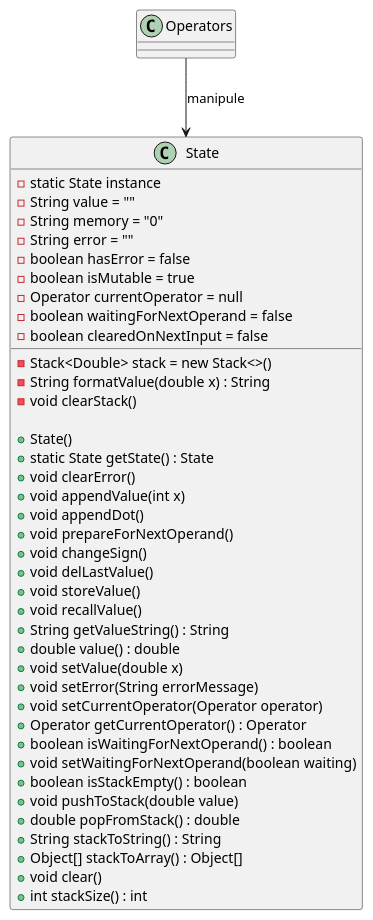
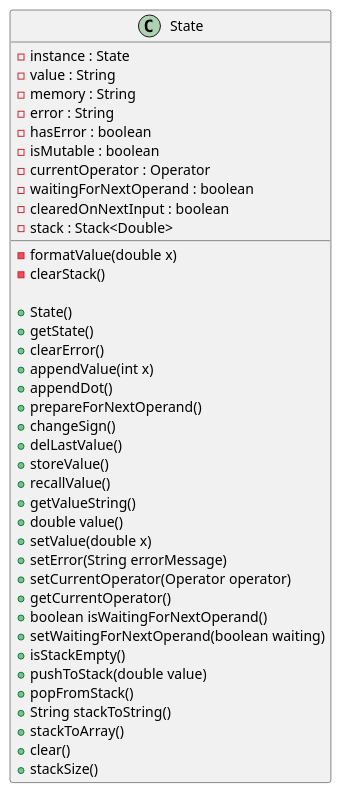
Before and after one commit to Dansnts/POO-Labo7: the diagram in UML_Diagrams/State_uml.puml, drawn with PlantUML. The commit also changed 6 other files, not shown here.

Commit message:
updated diagrams

```diff
--- a/UML_Diagrams/State_uml.puml
+++ b/UML_Diagrams/State_uml.puml
@@ -1,44 +1,42 @@
 @startuml
 class State {
-    - static State instance
-    - String value = ""
-    - String memory = "0"
-    - String error = ""
-    - boolean hasError = false
-    - boolean isMutable = true
-    - Operator currentOperator = null
-    - boolean waitingForNextOperand = false
-    - boolean clearedOnNextInput = false
-    - Stack<Double> stack = new Stack<>()
-    - String formatValue(double x) : String
-    - void clearStack()
+    - instance : State
+    - value : String
+    - memory : String
+    - error : String
+    - hasError : boolean
+    - isMutable : boolean
+    - currentOperator : Operator
+    - waitingForNextOperand : boolean
+    - clearedOnNextInput : boolean
+    - stack : Stack<Double>
+    - formatValue(double x)
+    - clearStack()
 
     + State()
-    + static State getState() : State
-    + void clearError()
-    + void appendValue(int x)
-    + void appendDot()
-    + void prepareForNextOperand()
-    + void changeSign()
-    + void delLastValue()
-    + void storeValue()
-    + void recallValue()
-    + String getValueString() : String
-    + double value() : double
-    + void setValue(double x)
-    + void setError(String errorMessage)
-    + void setCurrentOperator(Operator operator)
-    + Operator getCurrentOperator() : Operator
-    + boolean isWaitingForNextOperand() : boolean
-    + void setWaitingForNextOperand(boolean waiting)
-    + boolean isStackEmpty() : boolean
-    + void pushToStack(double value)
-    + double popFromStack() : double
-    + String stackToString() : String
-    + Object[] stackToArray() : Object[]
-    + void clear()
-    + int stackSize() : int
+    + getState()
+    + clearError()
+    + appendValue(int x)
+    + appendDot()
+    + prepareForNextOperand()
+    + changeSign()
+    + delLastValue()
+    + storeValue()
+    + recallValue()
+    + getValueString()
+    + double value()
+    + setValue(double x)
+    + setError(String errorMessage)
+    + setCurrentOperator(Operator operator)
+    + getCurrentOperator()
+    + boolean isWaitingForNextOperand()
+    + setWaitingForNextOperand(boolean waiting)
+    + isStackEmpty()
+    + pushToStack(double value)
+    + popFromStack()
+    + String stackToString()
+    + stackToArray()
+    + clear()
+    + stackSize()
 }
-
-Operators --> State : "manipule"
 @enduml
```
